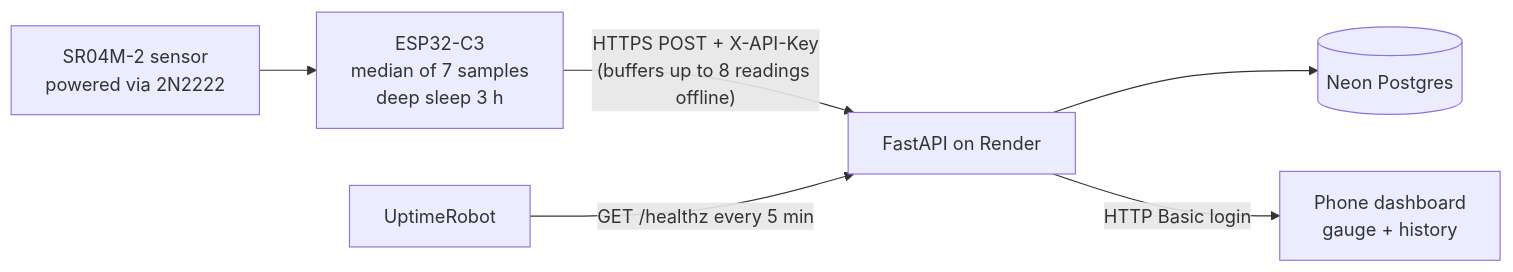
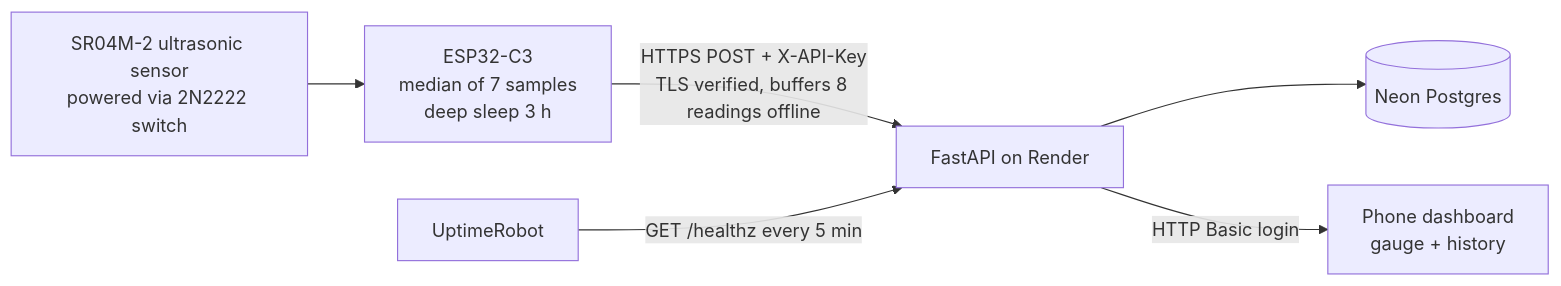
Before and after one commit to pulkit-0715/water-tank-monitor: the diagram in README.md, drawn with Mermaid. The commit also changed other lines of this file and 4 other files, not shown here.

````diff
--- a/README.md
+++ b/README.md
@@ -11,8 +25,8 @@
 ```mermaid
 flowchart LR
-    S[SR04M-2 sensor<br/>powered via 2N2222] --> E[ESP32-C3<br/>median of 7 samples<br/>deep sleep 3 h]
-    E -- "HTTPS POST + X-API-Key<br/>(buffers up to 8 readings offline)" --> R[FastAPI on Render]
+    S[SR04M-2 ultrasonic sensor<br/>powered via 2N2222 switch] --> E[ESP32-C3<br/>median of 7 samples<br/>deep sleep 3 h]
+    E -- "HTTPS POST + X-API-Key<br/>TLS verified, buffers 8 readings offline" --> R[FastAPI on Render]
     R --> D[(Neon Postgres)]
     R -- "HTTP Basic login" --> V[Phone dashboard<br/>gauge + history]
     U[UptimeRobot] -- "GET /healthz every 5 min" --> R
 ```
````
